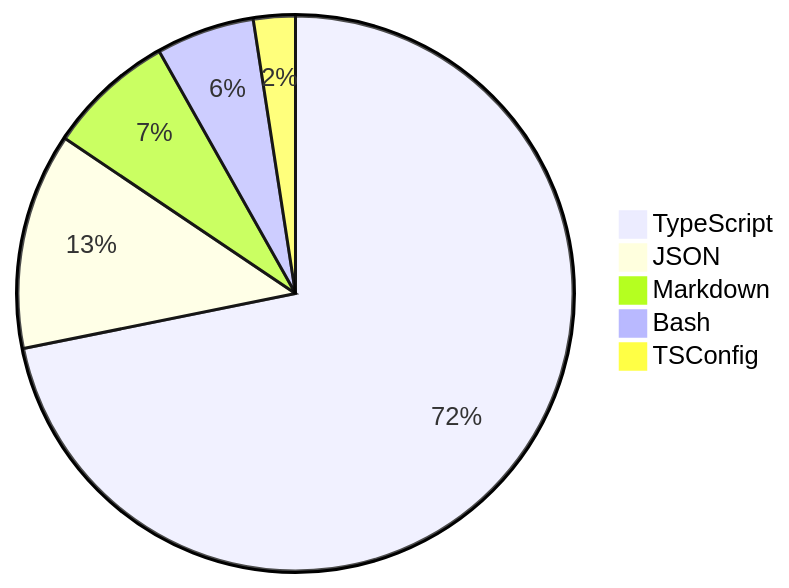
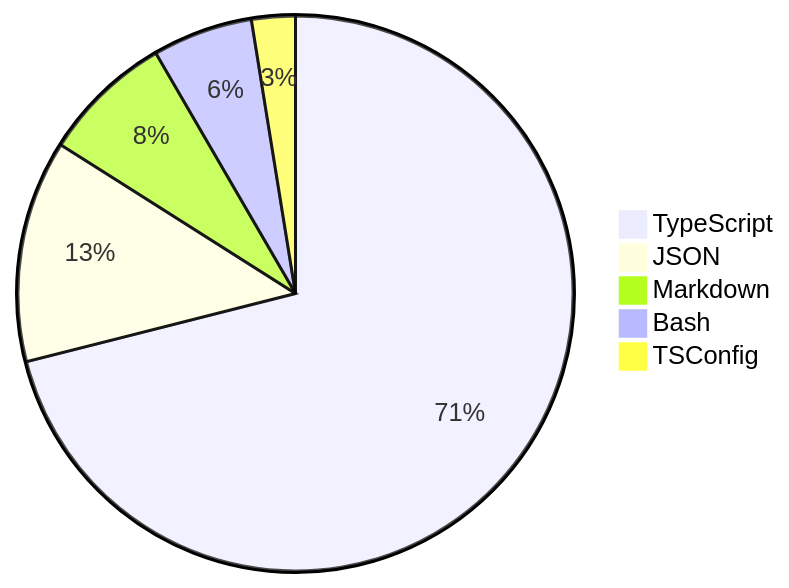
Before and after one commit to skvggor/skvggor: the diagram in README.md, drawn with Mermaid.

Commit message:
Updated waka-readme graph with new metrics

````diff
--- a/README.md
+++ b/README.md
@@ -39,8 +39,8 @@
 ```mermaid
 pie
-    "TypeScript" : 67.8
-    "JSON" : 11.9
-    "Markdown" : 7.0
-    "Bash" : 5.4
-    "TSConfig" : 2.3
+    "TypeScript" : 67.0
+    "JSON" : 12.2
+    "Markdown" : 7.2
+    "Bash" : 5.5
+    "TSConfig" : 2.4
 ```
````
